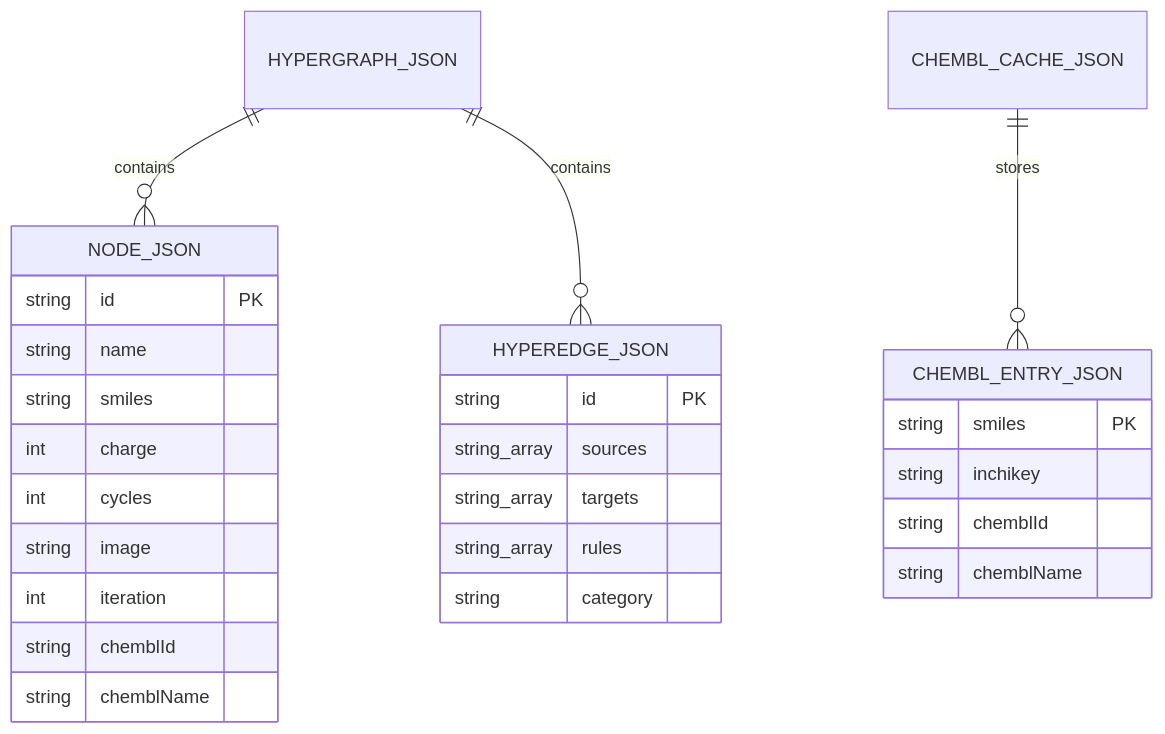
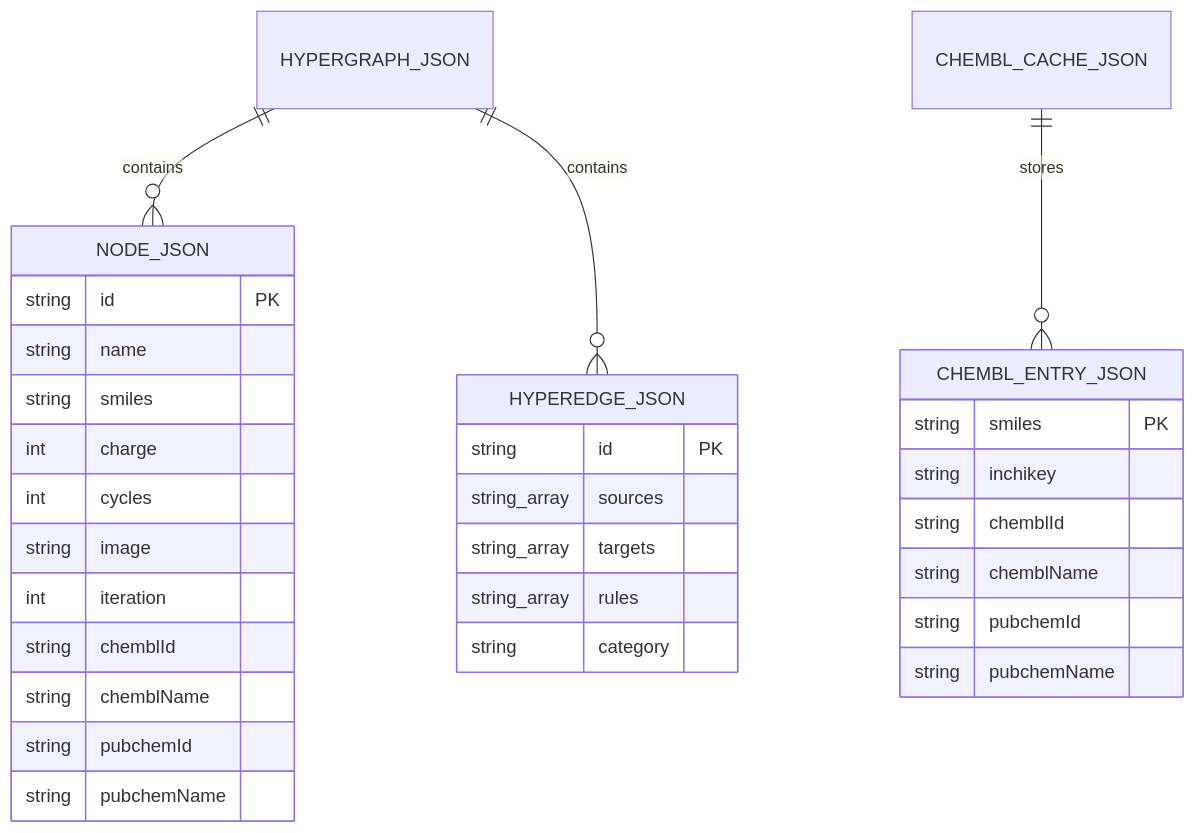
One commit to waldeyr/2PathTerpenes changed the first of 2 diagrams in README.md. Above: the diagram before and after it, drawn with Mermaid. The commit also changed other lines of this file and 3 other files, not shown here.

````diff
--- a/README.md
+++ b/README.md
@@ -25,33 +25,37 @@
 ```mermaid
 erDiagram
     HYPERGRAPH_JSON ||--o{ NODE_JSON : contains
     HYPERGRAPH_JSON ||--o{ HYPEREDGE_JSON : contains
     CHEMBL_CACHE_JSON ||--o{ CHEMBL_ENTRY_JSON : stores
 
     NODE_JSON {
         string id PK
         string name
         string smiles
         int charge
         int cycles
         string image
         int iteration
         string chemblId
         string chemblName
+        string pubchemId
+        string pubchemName
     }
 
     HYPEREDGE_JSON {
         string id PK
         string_array sources
         string_array targets
         string_array rules
         string category
     }
 
     CHEMBL_ENTRY_JSON {
         string smiles PK
         string inchikey
         string chemblId
         string chemblName
+        string pubchemId
+        string pubchemName
     }
 ```
````
